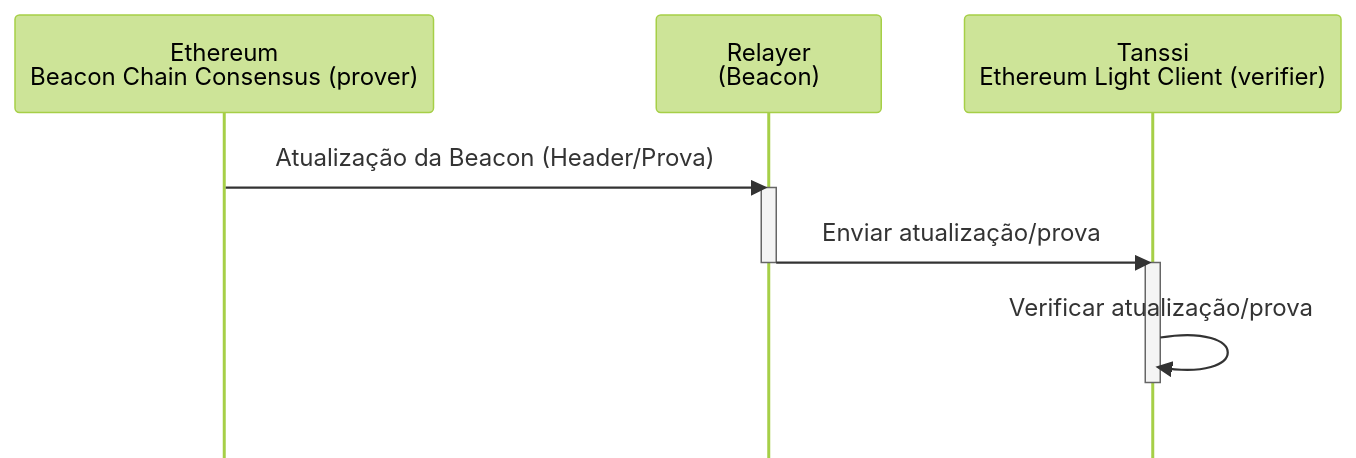
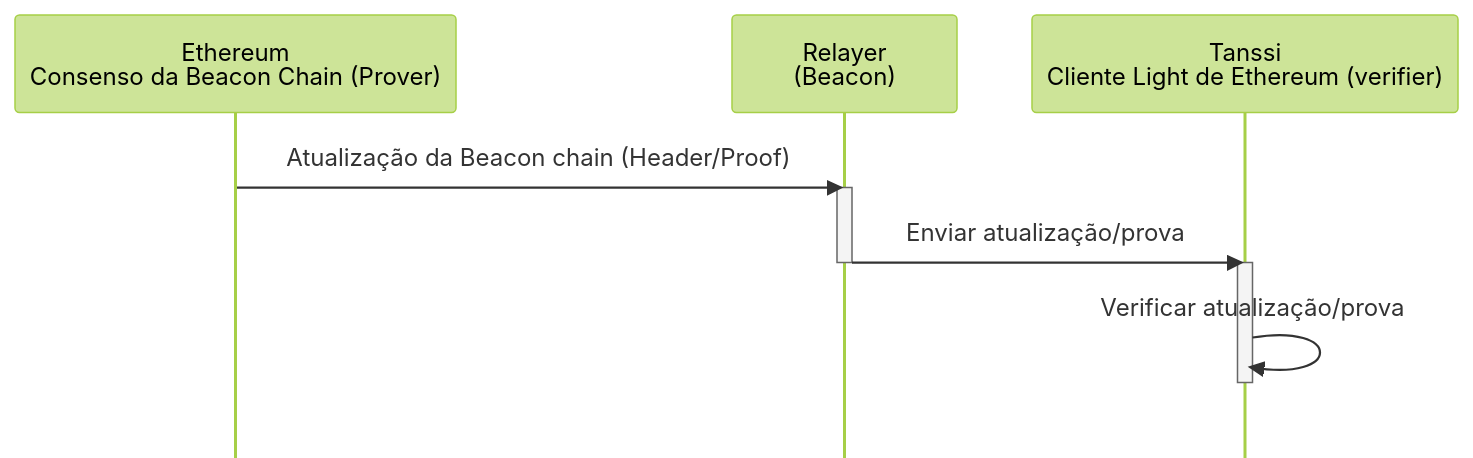
One commit to moondance-labs/tanssi-docs changed the second of 7 diagrams in pt/learn/tanssi/tanssi-ethereum-bridge.md. Above: the diagram before and after it, drawn with Mermaid (forest theme). The commit also changed other lines of this file and 91 other files, not shown here.

````diff
--- a/pt/learn/tanssi/tanssi-ethereum-bridge.md
+++ b/pt/learn/tanssi/tanssi-ethereum-bridge.md
@@ -64,16 +65,16 @@
 ```mermaid
 sequenceDiagram
     %%{init: {'sequence': {'mirrorActors': false}}}%%
-    participant Eth_BeaconCons as Ethereum <br/> Beacon Chain Consensus (prover)
+    participant Eth_BeaconCons as Ethereum <br/> Consenso da Beacon Chain (Prover)
     participant Beacon_Relayer as Relayer <br/> (Beacon)
-    participant Tanssi_EthClient as Tanssi <br/> Ethereum Light Client (verifier)
+    participant Tanssi_EthClient as Tanssi <br/> Cliente Light de Ethereum (verifier)
 
-    Eth_BeaconCons->>Beacon_Relayer: Atualização da Beacon (Header/Prova)
+    Eth_BeaconCons->>Beacon_Relayer: Atualização da Beacon chain (Header/Proof)
     activate Beacon_Relayer
     Beacon_Relayer->>Tanssi_EthClient: Enviar atualização/prova
     deactivate Beacon_Relayer
 
     activate Tanssi_EthClient
     Tanssi_EthClient->>Tanssi_EthClient: Verificar atualização/prova
     deactivate Tanssi_EthClient
 ```
````
